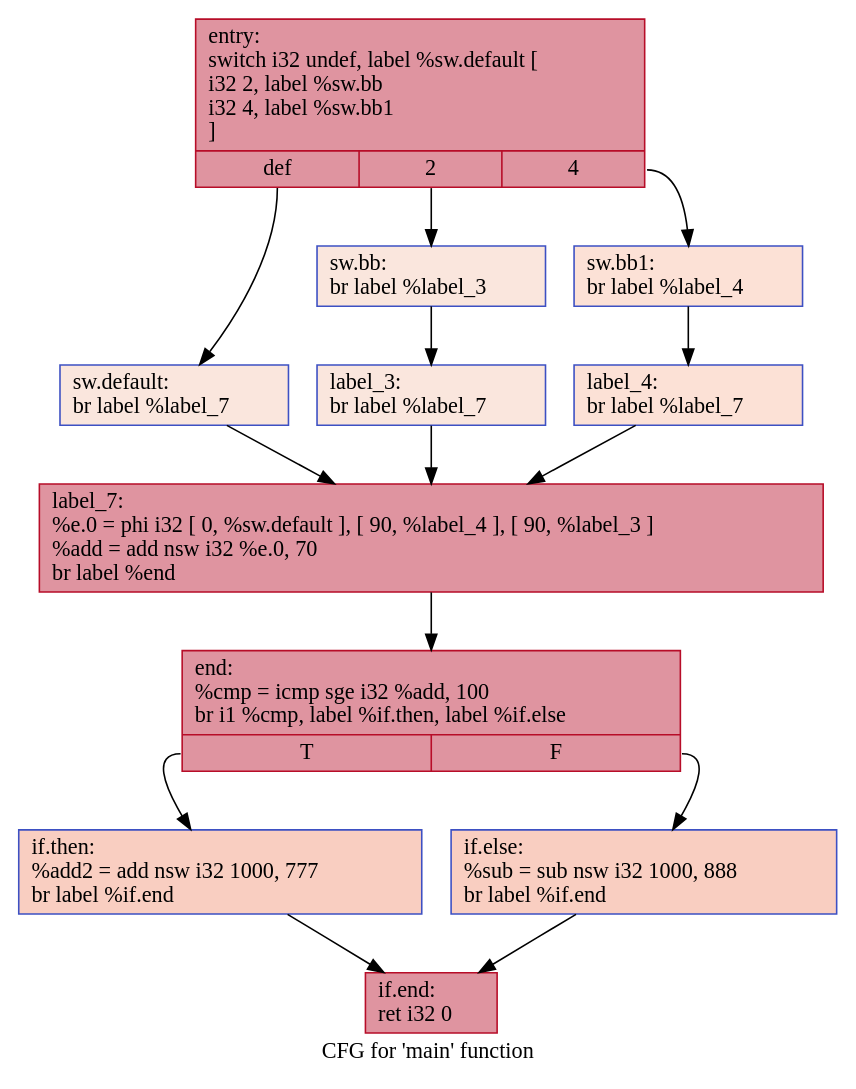
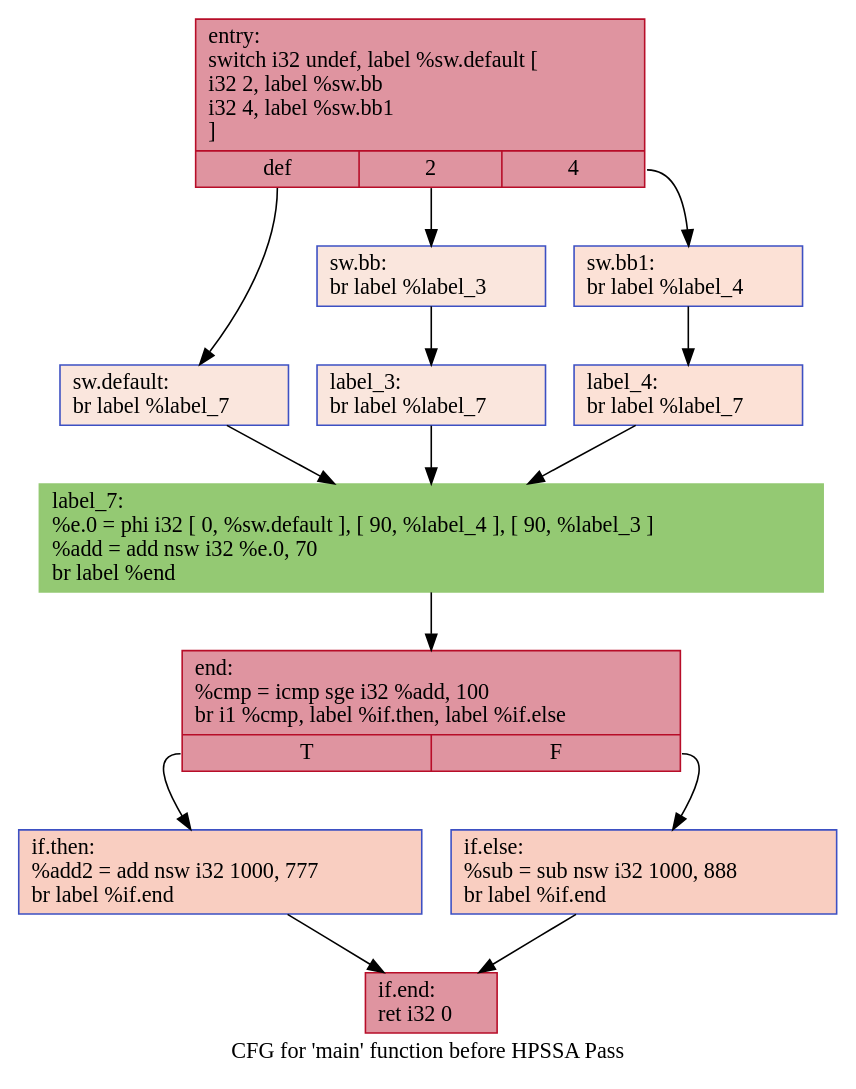
The diagram in IR/cfg/baseline.dot (HPSSA-LLVM/HPSSA-LLVM), drawn with Graphviz before and after one commit. The commit also changed 12 other files, not shown here.

```diff
--- a/IR/cfg/baseline.dot
+++ b/IR/cfg/baseline.dot
@@ -1,28 +1,28 @@
 digraph "CFG for 'main' function" {
-	label="CFG for 'main' function";
+	label="CFG for 'main' function before HPSSA Pass";
 
 	Node0x56502203a770 [shape=record,color="#b70d28ff", style=filled, fillcolor="#b70d2870",label="{entry:\l  switch i32 undef, label %sw.default [\l    i32 2, label %sw.bb\l    i32 4, label %sw.bb1\l  ]\l|{<s0>def|<s1>2|<s2>4}}"];
 	Node0x56502203a770:s0 -> Node0x56502203acd0;
 	Node0x56502203a770:s1 -> Node0x56502203ad50;
 	Node0x56502203a770:s2 -> Node0x56502203adf0;
 	Node0x56502203ad50 [shape=record,color="#3d50c3ff", style=filled, fillcolor="#f3c7b170",label="{sw.bb:                                            \l  br label %label_3\l}"];
 	Node0x56502203ad50 -> Node0x56502203af80;
 	Node0x56502203adf0 [shape=record,color="#3d50c3ff", style=filled, fillcolor="#f7bca170",label="{sw.bb1:                                           \l  br label %label_4\l}"];
 	Node0x56502203adf0 -> Node0x56502203b060;
 	Node0x56502203acd0 [shape=record,color="#3d50c3ff", style=filled, fillcolor="#f3c7b170",label="{sw.default:                                       \l  br label %label_7\l}"];
 	Node0x56502203acd0 -> Node0x56502203b140;
 	Node0x56502203af80 [shape=record,color="#3d50c3ff", style=filled, fillcolor="#f3c7b170",label="{label_3:                                          \l  br label %label_7\l}"];
 	Node0x56502203af80 -> Node0x56502203b140;
 	Node0x56502203b060 [shape=record,color="#3d50c3ff", style=filled, fillcolor="#f7bca170",label="{label_4:                                          \l  br label %label_7\l}"];
 	Node0x56502203b060 -> Node0x56502203b140;
-	Node0x56502203b140 [shape=record,color="#b70d28ff", style=filled, fillcolor="#b70d2870",label="{label_7:                                          \l  %e.0 = phi i32 [ 0, %sw.default ], [ 90, %label_4 ], [ 90, %label_3 ]\l  %add = add nsw i32 %e.0, 70\l  br label %end\l}"];
+	Node0x56502203b140 [shape=record,color="#94C973", style=filled, fillcolor="#94C973",label="{label_7:                                          \l  %e.0 = phi i32 [ 0, %sw.default ], [ 90, %label_4 ], [ 90, %label_3 ]\l  %add = add nsw i32 %e.0, 70\l  br label %end\l}"];
 	Node0x56502203b140 -> Node0x56502203b500;
 	Node0x56502203b500 [shape=record,color="#b70d28ff", style=filled, fillcolor="#b70d2870",label="{end:                                              \l  %cmp = icmp sge i32 %add, 100\l  br i1 %cmp, label %if.then, label %if.else\l|{<s0>T|<s1>F}}"];
 	Node0x56502203b500:s0 -> Node0x56502203b6c0;
 	Node0x56502203b500:s1 -> Node0x56502203b730;
 	Node0x56502203b6c0 [shape=record,color="#3d50c3ff", style=filled, fillcolor="#f2907270",label="{if.then:                                          \l  %add2 = add nsw i32 1000, 777\l  br label %if.end\l}"];
 	Node0x56502203b6c0 -> Node0x56502203bb00;
 	Node0x56502203b730 [shape=record,color="#3d50c3ff", style=filled, fillcolor="#f2907270",label="{if.else:                                          \l  %sub = sub nsw i32 1000, 888\l  br label %if.end\l}"];
 	Node0x56502203b730 -> Node0x56502203bb00;
 	Node0x56502203bb00 [shape=record,color="#b70d28ff", style=filled, fillcolor="#b70d2870",label="{if.end:                                           \l  ret i32 0\l}"];
 }
```
